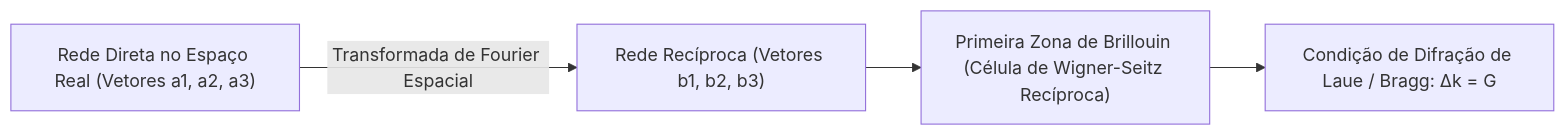
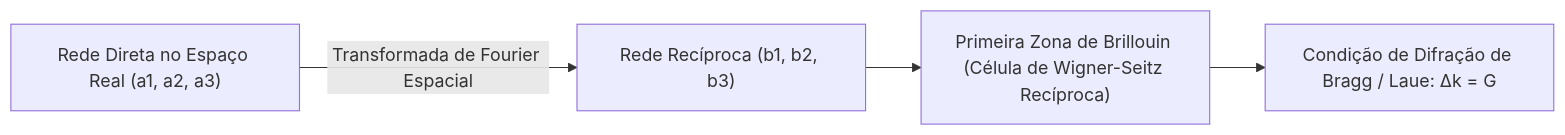
The diagram in skills/domains/academic-solid-state-semiconductors/SKILL.md (dandgabr/skills), drawn with Mermaid before and after one commit. The commit also changed other lines of this file and 97 other files, not shown here.

````diff
--- a/skills/domains/academic-solid-state-semiconductors/SKILL.md
+++ b/skills/domains/academic-solid-state-semiconductors/SKILL.md
@@ -14,6 +14,6 @@
 ```mermaid
 flowchart LR
-    A["Rede Direta no Espaço Real (Vetores a1, a2, a3)"] -->|Transformada de Fourier Espacial| B["Rede Recíproca (Vetores b1, b2, b3)"]
+    A["Rede Direta no Espaço Real (a1, a2, a3)"] -->|Transformada de Fourier Espacial| B["Rede Recíproca (b1, b2, b3)"]
     B --> C["Primeira Zona de Brillouin (Célula de Wigner-Seitz Recíproca)"]
-    C --> D["Condição de Difração de Laue / Bragg: Δk = G"]
+    C --> D["Condição de Difração de Bragg / Laue: Δk = G"]
 ```
````
